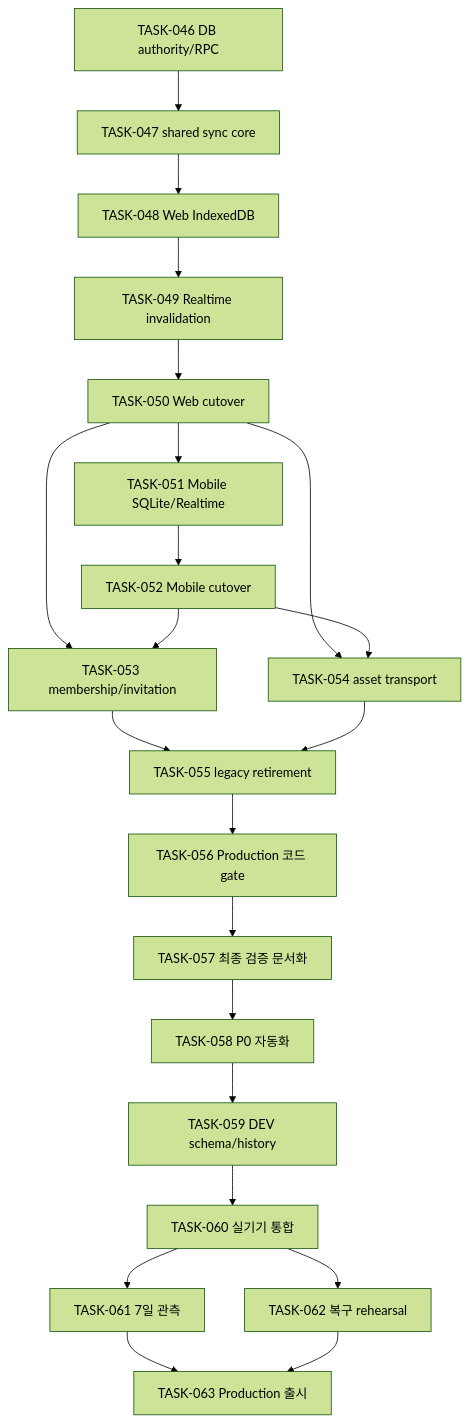
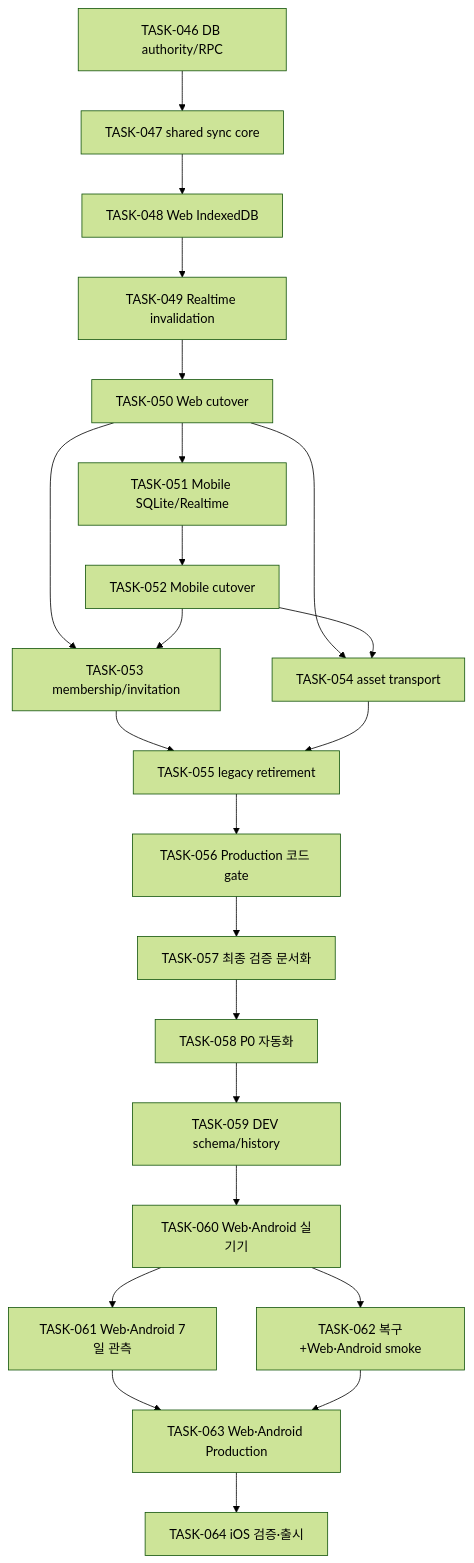
One commit to ysjee141/nexvoy-frontend changed the diagram in docs/refactor/tasks/README.md. Above: the diagram before and after it, drawn with Mermaid (forest theme). The commit also changed other lines of this file and 14 other files, not shown here.

Commit message:
docs(TASK-060): adopt Android-first rollout plan

````diff
--- a/docs/refactor/tasks/README.md
+++ b/docs/refactor/tasks/README.md
@@ -245,24 +250,25 @@
 ```mermaid
 flowchart TD
     T46["TASK-046 DB authority/RPC"] --> T47["TASK-047 shared sync core"]
     T47 --> T48["TASK-048 Web IndexedDB"]
     T48 --> T49["TASK-049 Realtime invalidation"]
     T49 --> T50["TASK-050 Web cutover"]
     T50 --> T51["TASK-051 Mobile SQLite/Realtime"]
     T51 --> T52["TASK-052 Mobile cutover"]
     T50 --> T53["TASK-053 membership/invitation"]
     T52 --> T53
     T50 --> T54["TASK-054 asset transport"]
     T52 --> T54
     T53 --> T55["TASK-055 legacy retirement"]
     T54 --> T55
     T55 --> T56["TASK-056 Production 코드 gate"]
     T56 --> T57["TASK-057 최종 검증 문서화"]
     T57 --> T58["TASK-058 P0 자동화"]
     T58 --> T59["TASK-059 DEV schema/history"]
-    T59 --> T60["TASK-060 실기기 통합"]
-    T60 --> T61["TASK-061 7일 관측"]
-    T60 --> T62["TASK-062 복구 rehearsal"]
-    T61 --> T63["TASK-063 Production 출시"]
+    T59 --> T60["TASK-060 Web·Android 실기기"]
+    T60 --> T61["TASK-061 Web·Android 7일 관측"]
+    T60 --> T62["TASK-062 복구+Web·Android smoke"]
+    T61 --> T63["TASK-063 Web·Android Production"]
     T62 --> T63
+    T63 --> T64["TASK-064 iOS 검증·출시"]
 ```
````
